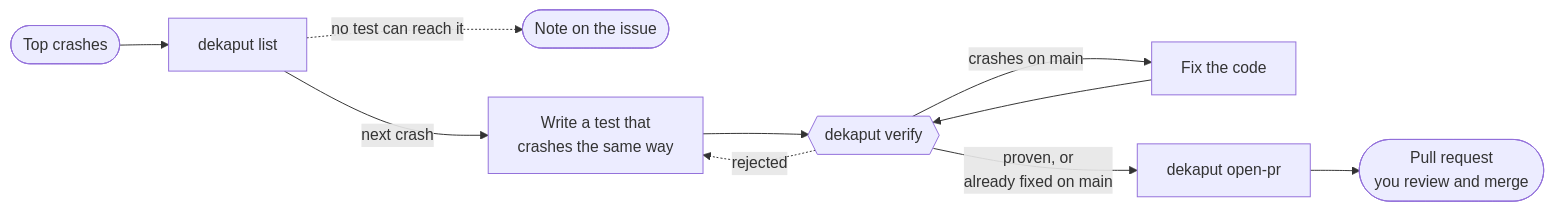
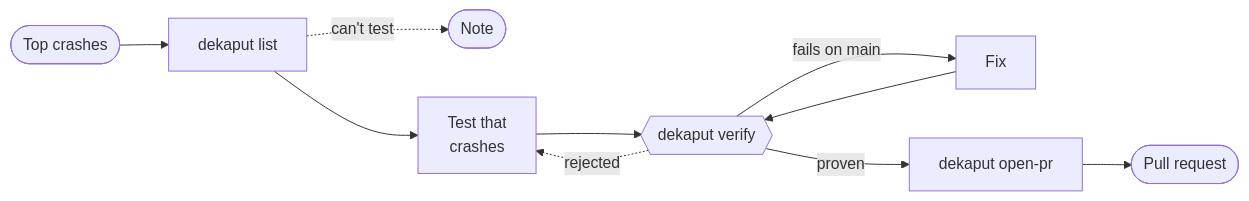
Before and after one commit to vaazh-studios/de-kaput: the diagram in README.md, drawn with Mermaid.

Commit message:
docs: shorter diagram labels so the text stays large

````diff
--- a/README.md
+++ b/README.md
@@ -11,12 +11,12 @@
 ```mermaid
 flowchart LR
     A([Top crashes]) --> B[dekaput list]
-    B -.->|no test can reach it| N([Note on the issue])
-    B -->|next crash| C[Write a test that<br/>crashes the same way]
+    B -.->|can't test| N([Note])
+    B --> C[Test that<br/>crashes]
     C --> D{{dekaput verify}}
-    D -->|crashes on main| E[Fix the code]
+    D -->|fails on main| E[Fix]
     E --> D
     D -.->|rejected| C
-    D -->|proven, or<br/>already fixed on main| F[dekaput open-pr]
-    F --> G([Pull request<br/>you review and merge])
+    D -->|proven| F[dekaput open-pr]
+    F --> G([Pull request])
 ```
````
